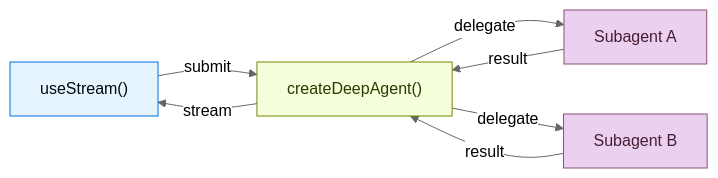
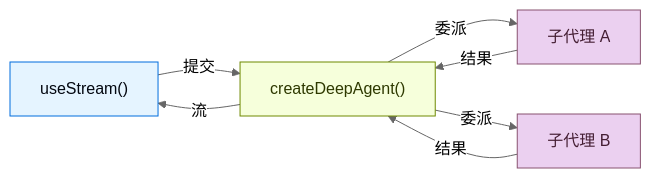
One commit to kunfan96/cndocs-langchain changed the diagram in oss/javascript/deepagents/frontend/overview.mdx. Above: the diagram before and after it, drawn with Mermaid (neutral theme). The commit also changed other lines of this file and 2498 other files, not shown here.

````diff
--- a/oss/javascript/deepagents/frontend/overview.mdx
+++ b/oss/javascript/deepagents/frontend/overview.mdx
@@ -12,29 +12,29 @@
 ```mermaid
 %%{
   init: {
     "fontFamily": "monospace",
     "flowchart": {
       "curve": "curve"
     }
   }
 }%%
 graph LR
   FRONTEND["useStream()"]
   BACKEND["createDeepAgent()"]
-  SUB1["Subagent A"]
-  SUB2["Subagent B"]
+  SUB1["子代理 A"]
+  SUB2["子代理 B"]
 
-  BACKEND --"stream"--> FRONTEND
-  FRONTEND --"submit"--> BACKEND
-  BACKEND --"delegate"--> SUB1
-  BACKEND --"delegate"--> SUB2
-  SUB1 --"result"--> BACKEND
-  SUB2 --"result"--> BACKEND
+  BACKEND --"流"--> FRONTEND
+  FRONTEND --"提交"--> BACKEND
+  BACKEND --"委派"--> SUB1
+  BACKEND --"委派"--> SUB2
+  SUB1 --"结果"--> BACKEND
+  SUB2 --"结果"--> BACKEND
 
   classDef blueHighlight fill:#E5F4FF,stroke:#006DDD,color:#030710;
   classDef greenHighlight fill:#F6FFDB,stroke:#6E8900,color:#2E3900;
   classDef purpleHighlight fill:#EBD0F0,stroke:#885270,color:#441E33;
   class FRONTEND blueHighlight;
   class BACKEND greenHighlight;
   class SUB1,SUB2 purpleHighlight;
 ```
````
